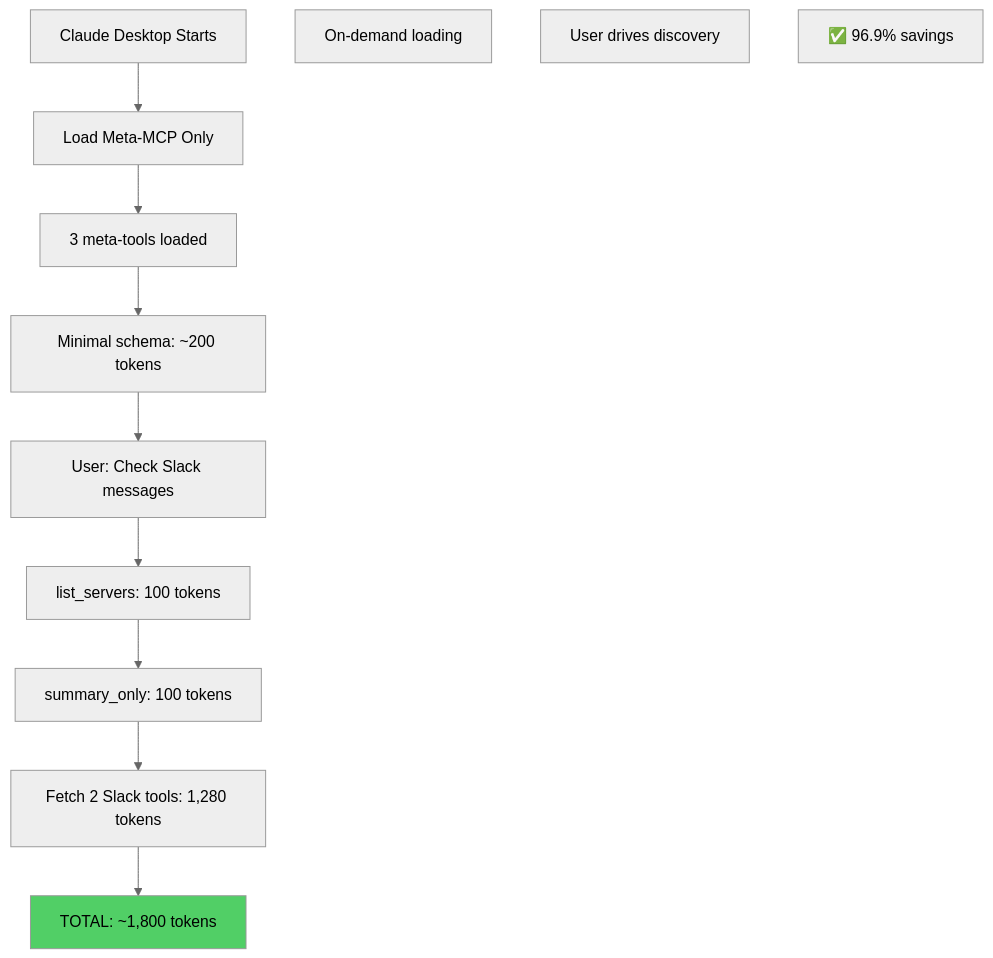
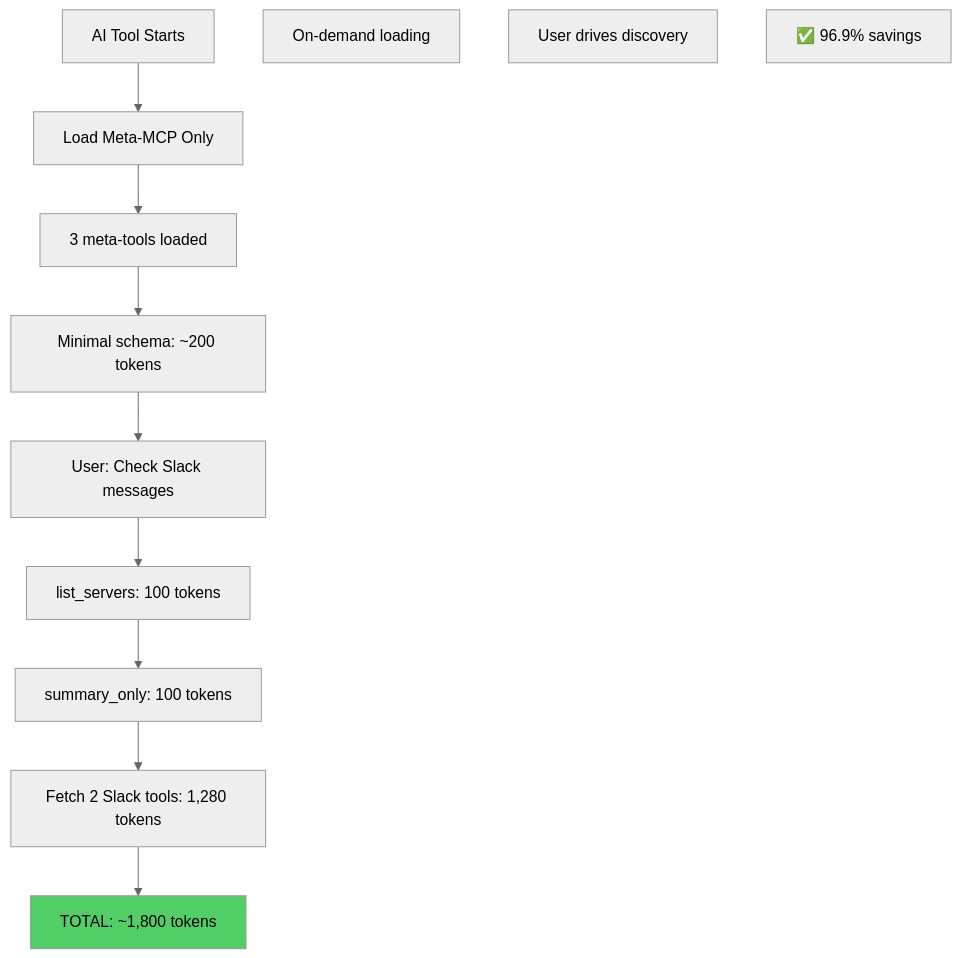
One commit to blueman82/mcp-exec changed the ninth of 15 diagrams in projects/meta-mcp-server/docs/diagrams/10-token-optimization.md. Above: the diagram before and after it, drawn with Mermaid (neutral theme). The commit also changed other lines of this file and 4 other files, not shown here.

First line of the commit message:
docs: Remove Claude Desktop references and fix Mermaid syntax

````diff
--- a/projects/meta-mcp-server/docs/diagrams/10-token-optimization.md
+++ b/projects/meta-mcp-server/docs/diagrams/10-token-optimization.md
@@ -230,19 +230,19 @@
 ```mermaid
 graph TD
-    A[Claude Desktop Starts] --> B[Load Meta-MCP Only]
+    A[AI Tool Starts] --> B[Load Meta-MCP Only]
     B --> C[3 meta-tools loaded]
     C --> D[Minimal schema: ~200 tokens]
 
     D --> E[User: Check Slack messages]
     E --> F[list_servers: 100 tokens]
     F --> G[summary_only: 100 tokens]
     G --> H[Fetch 2 Slack tools: 1,280 tokens]
 
     H --> I[TOTAL: ~1,800 tokens]
 
     style I fill:#51cf66
 
     Note1[On-demand loading]
     Note2[User drives discovery]
     Note3[✅ 96.9% savings]
 ```
````
